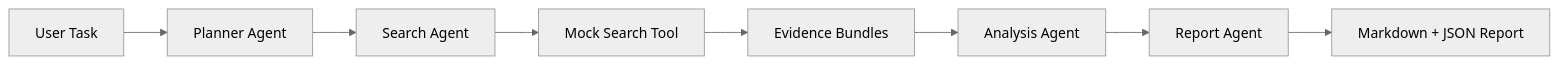
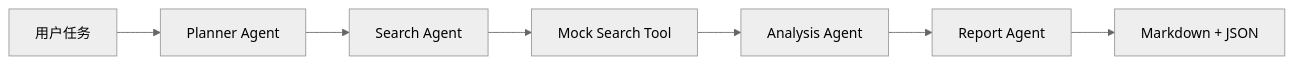
The diagram in README.md (bohemers/multi-agent-workflow), drawn with Mermaid (neutral theme) before and after one commit. The commit also changed other lines of this file, not shown here.

````diff
--- a/README.md
+++ b/README.md
@@ -132,10 +9,9 @@
 ```mermaid
 flowchart LR
-    User["User Task"] --> Planner["Planner Agent"]
+    User["用户任务"] --> Planner["Planner Agent"]
     Planner --> Search["Search Agent"]
     Search --> Tool["Mock Search Tool"]
-    Tool --> Evidence["Evidence Bundles"]
-    Evidence --> Analysis["Analysis Agent"]
+    Tool --> Analysis["Analysis Agent"]
     Analysis --> Report["Report Agent"]
-    Report --> Output["Markdown + JSON Report"]
+    Report --> Output["Markdown + JSON"]
 ```
````
